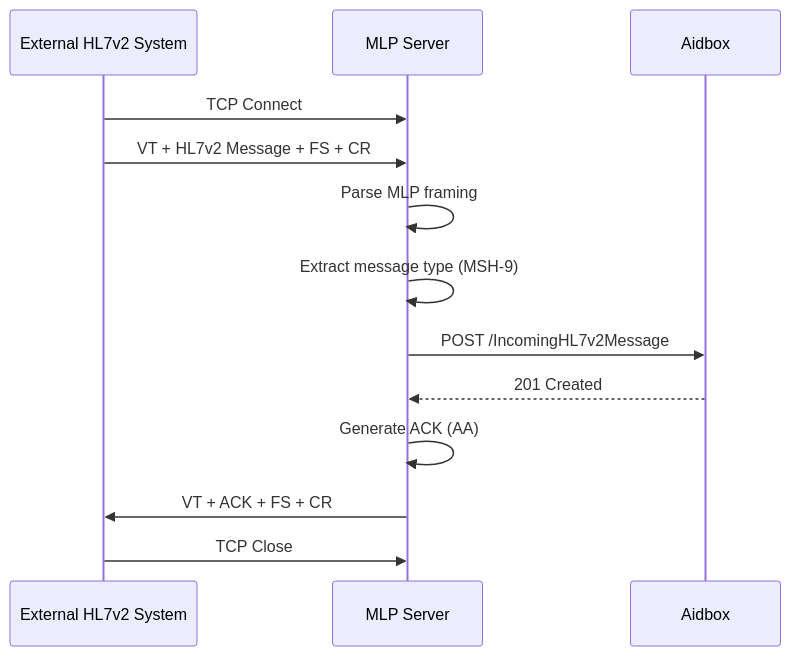
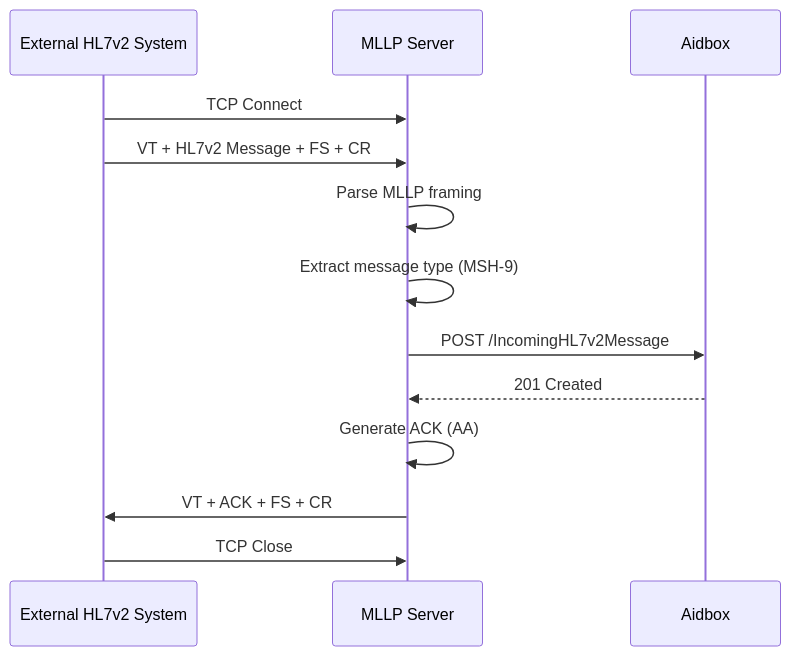
Before and after one commit to Aidbox/aidbox-hl7v2-example: the sixth of 7 diagrams in spec/architecture.md, drawn with Mermaid. The commit also changed other lines of this file and 7 other files, not shown here.

````diff
--- a/spec/architecture.md
+++ b/spec/architecture.md
@@ -270,19 +270,19 @@
 ```mermaid
 sequenceDiagram
     participant External as External HL7v2 System
-    participant MLP as MLP Server
+    participant MLLP as MLLP Server
     participant Aidbox
 
-    External->>MLP: TCP Connect
-    External->>MLP: VT + HL7v2 Message + FS + CR
+    External->>MLLP: TCP Connect
+    External->>MLLP: VT + HL7v2 Message + FS + CR
 
-    MLP->>MLP: Parse MLP framing
-    MLP->>MLP: Extract message type (MSH-9)
-    MLP->>Aidbox: POST /IncomingHL7v2Message
-    Aidbox-->>MLP: 201 Created
+    MLLP->>MLLP: Parse MLLP framing
+    MLLP->>MLLP: Extract message type (MSH-9)
+    MLLP->>Aidbox: POST /IncomingHL7v2Message
+    Aidbox-->>MLLP: 201 Created
 
-    MLP->>MLP: Generate ACK (AA)
-    MLP->>External: VT + ACK + FS + CR
+    MLLP->>MLLP: Generate ACK (AA)
+    MLLP->>External: VT + ACK + FS + CR
 
-    External->>MLP: TCP Close
+    External->>MLLP: TCP Close
 ```
````
